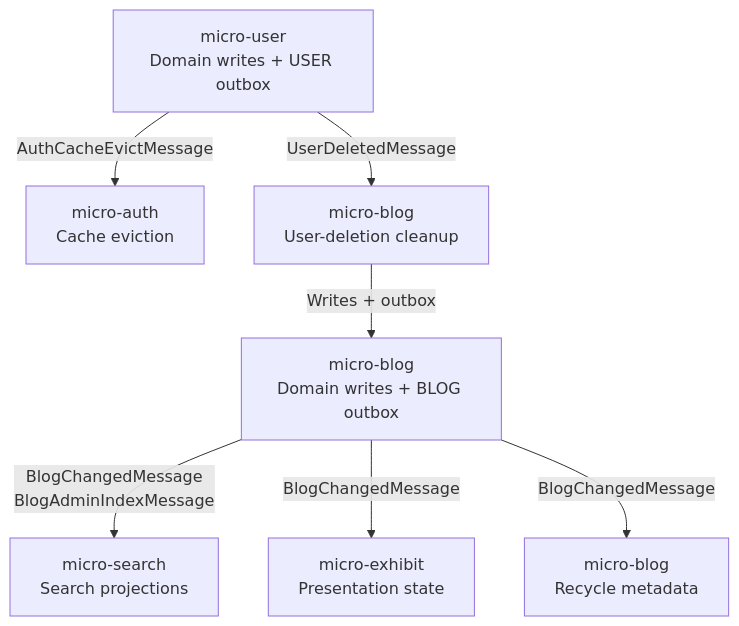
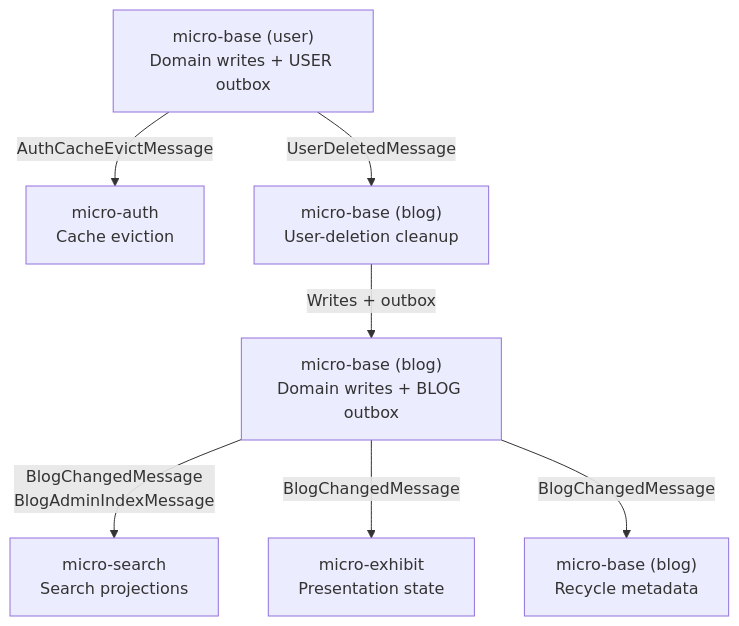
Before and after one commit to mingchiuli/megalith-micro: the third of 3 diagrams in README.md, drawn with Mermaid. The commit also changed other lines of this file and 794 other files, not shown here.

First line of the commit message:
feat: merge blog and user into base and port auth and exhibit to Rust

````diff
--- a/README.md
+++ b/README.md
@@ -114,17 +114,17 @@
 ```mermaid
 flowchart TB
-    UserOutbox["micro-user<br/>Domain writes + USER outbox"]
+    UserOutbox["micro-base (user)<br/>Domain writes + USER outbox"]
     Auth["micro-auth<br/>Cache eviction"]
-    Delete["micro-blog<br/>User-deletion cleanup"]
-    BlogOutbox["micro-blog<br/>Domain writes + BLOG outbox"]
+    Delete["micro-base (blog)<br/>User-deletion cleanup"]
+    BlogOutbox["micro-base (blog)<br/>Domain writes + BLOG outbox"]
     Search["micro-search<br/>Search projections"]
     Exhibit["micro-exhibit<br/>Presentation state"]
-    Recycle["micro-blog<br/>Recycle metadata"]
+    Recycle["micro-base (blog)<br/>Recycle metadata"]
 
     UserOutbox -->|AuthCacheEvictMessage| Auth
     UserOutbox -->|UserDeletedMessage| Delete
     Delete -->|Writes + outbox| BlogOutbox
     BlogOutbox -->|"BlogChangedMessage<br/>BlogAdminIndexMessage"| Search
     BlogOutbox -->|BlogChangedMessage| Exhibit
     BlogOutbox -->|BlogChangedMessage| Recycle
 ```
````
